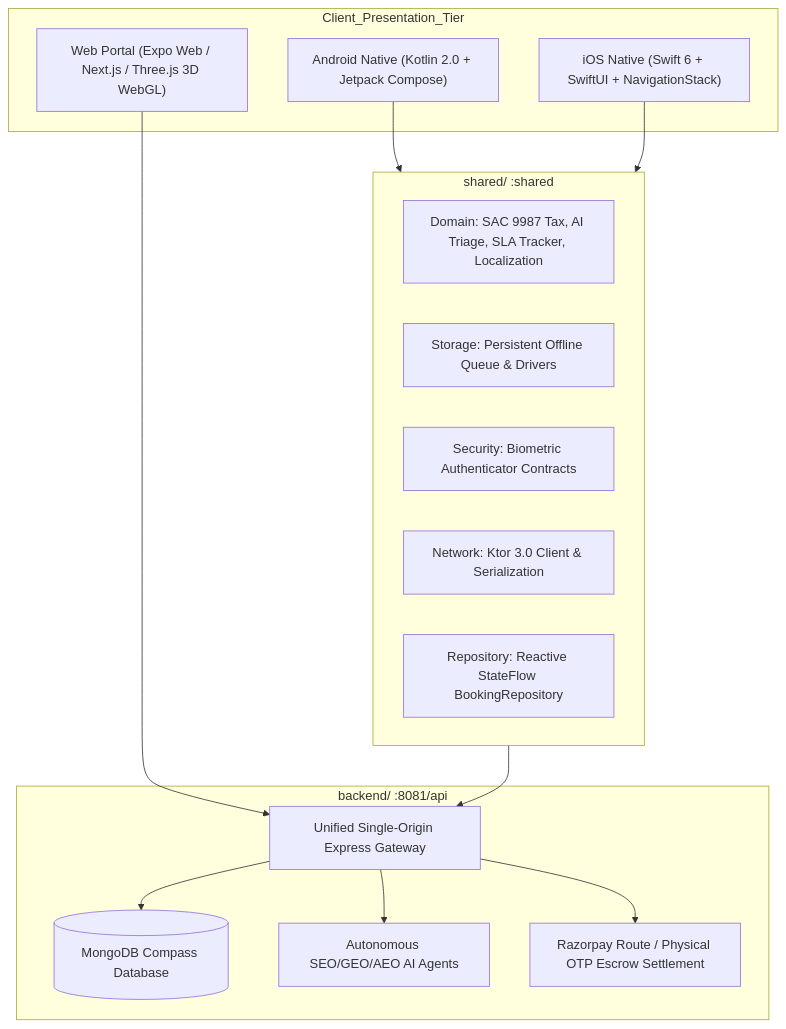
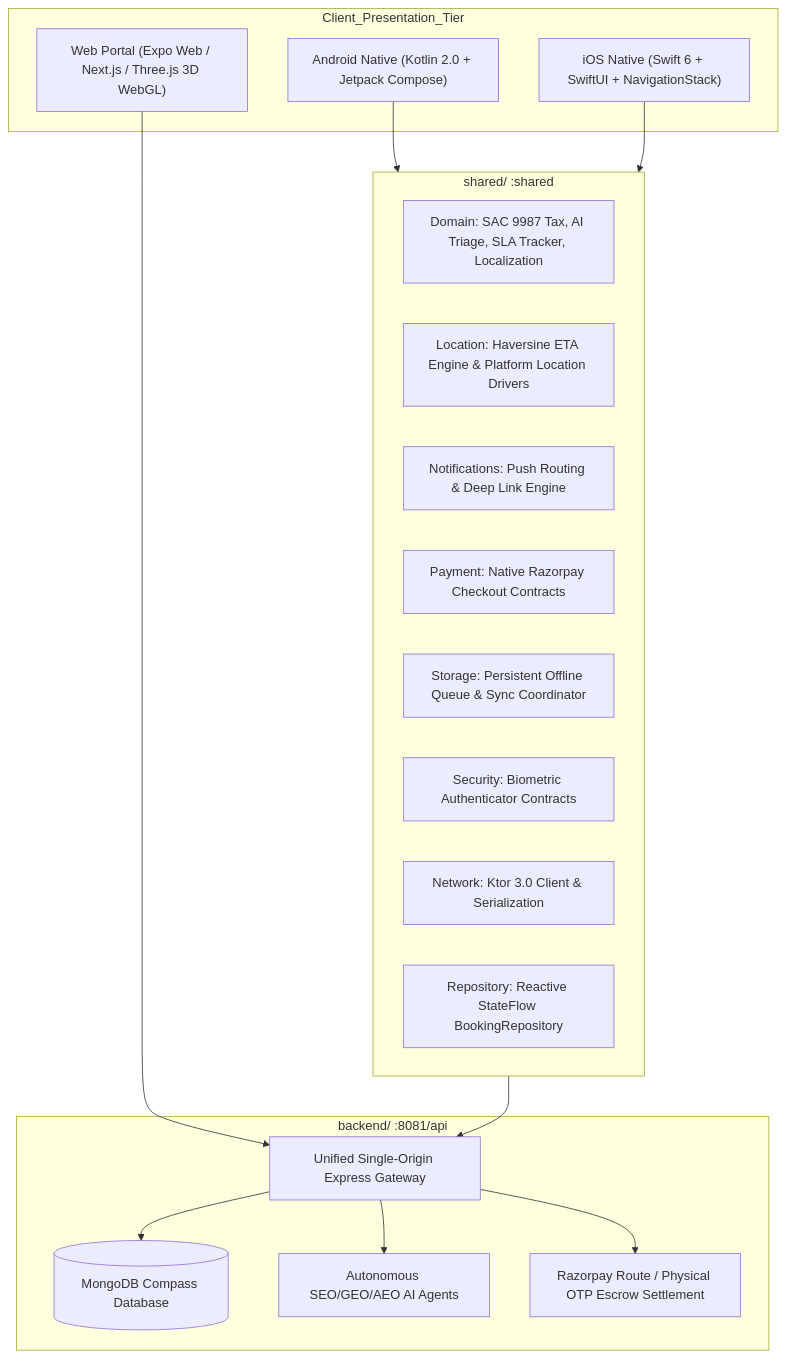
One commit to sheriyakam/sheriyakam changed the diagram in docs/ARCHITECTURE.md. Above: the diagram before and after it, drawn with Mermaid. The commit also changed other lines of this file and 31 other files, not shown here.

Commit message:
feat(cross-platform): add native location tracking, push notification manager, razorpay checkout, and offline sync workers

````diff
--- a/docs/ARCHITECTURE.md
+++ b/docs/ARCHITECTURE.md
@@ -9,31 +9,34 @@
 ```mermaid
 graph TD
     subgraph Client_Presentation_Tier
         Android["Android Native (Kotlin 2.0 + Jetpack Compose)"]
         iOS["iOS Native (Swift 6 + SwiftUI + NavigationStack)"]
         WebExpo["Web Portal (Expo Web / Next.js / Three.js 3D WebGL)"]
     end
 
     subgraph Portable_KMP_Shared_Tier [shared/ :shared]
         Domain["Domain: SAC 9987 Tax, AI Triage, SLA Tracker, Localization"]
-        Storage["Storage: Persistent Offline Queue & Drivers"]
+        Location["Location: Haversine ETA Engine & Platform Location Drivers"]
+        Notifications["Notifications: Push Routing & Deep Link Engine"]
+        Payment["Payment: Native Razorpay Checkout Contracts"]
+        Storage["Storage: Persistent Offline Queue & Sync Coordinator"]
         Security["Security: Biometric Authenticator Contracts"]
         Network["Network: Ktor 3.0 Client & Serialization"]
         Repo["Repository: Reactive StateFlow BookingRepository"]
     end
 
     subgraph Authoritative_Backend_Tier [backend/ :8081/api]
         Gateway["Unified Single-Origin Express Gateway"]
         MongoDB[("MongoDB Compass Database")]
         Agents["Autonomous SEO/GEO/AEO AI Agents"]
         Escrow["Razorpay Route / Physical OTP Escrow Settlement"]
     end
 
     Android --> Portable_KMP_Shared_Tier
     iOS --> Portable_KMP_Shared_Tier
     Portable_KMP_Shared_Tier --> Gateway
     WebExpo --> Gateway
     Gateway --> MongoDB
     Gateway --> Agents
     Gateway --> Escrow
 ```
````
